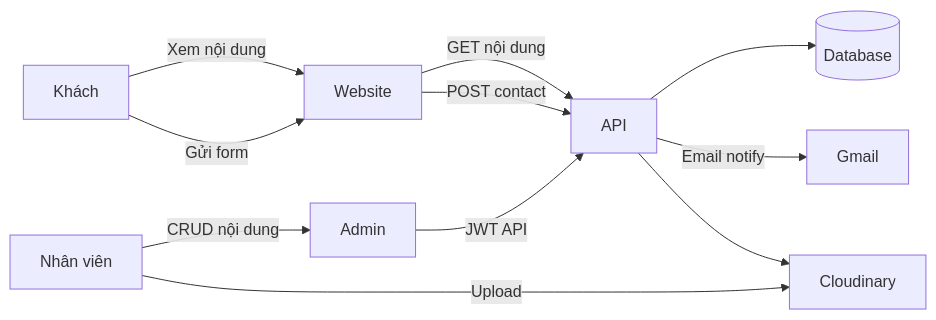
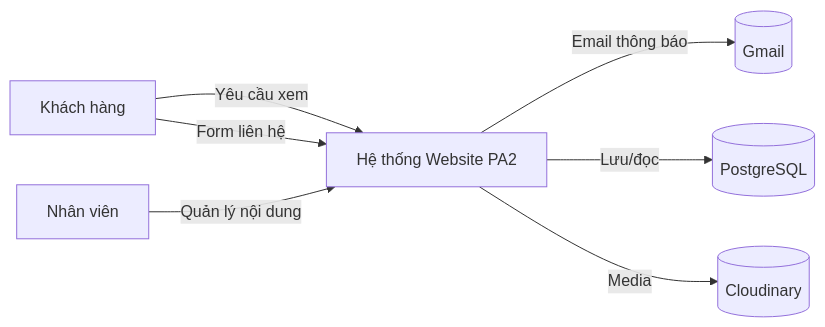
Before and after one commit to CESxMidas/thien-duc-website-frontend: the fifth of 14 diagrams in docs/Bao-cao-Phuong-an-2-Website-Thien-Duc.md, drawn with Mermaid. The commit also changed other lines of this file and 22 other files, not shown here.

````diff
--- a/docs/Bao-cao-Phuong-an-2-Website-Thien-Duc.md
+++ b/docs/Bao-cao-Phuong-an-2-Website-Thien-Duc.md
@@ -379,13 +432,9 @@
 ```mermaid
 flowchart LR
-    K[Khách] -->|Xem nội dung| W[Website]
-    K -->|Gửi form| W
-    W -->|GET nội dung| API[API]
-    W -->|POST contact| API
-    API --> DB[(Database)]
-    API -->|Email notify| Mail[Gmail]
-    NV[Nhân viên] -->|CRUD nội dung| ADM[Admin]
-    ADM -->|JWT API| API
-    NV -->|Upload| CDN[Cloudinary]
-    API --> CDN
+    K[Khách hàng] -->|Yêu cầu xem| P0[Hệ thống Website PA2]
+    K -->|Form liên hệ| P0
+    NV[Nhân viên] -->|Quản lý nội dung| P0
+    P0 -->|Email thông báo| Gmail[(Gmail)]
+    P0 -->|Lưu/đọc| DB[(PostgreSQL)]
+    P0 -->|Media| CDN[(Cloudinary)]
 ```
````
